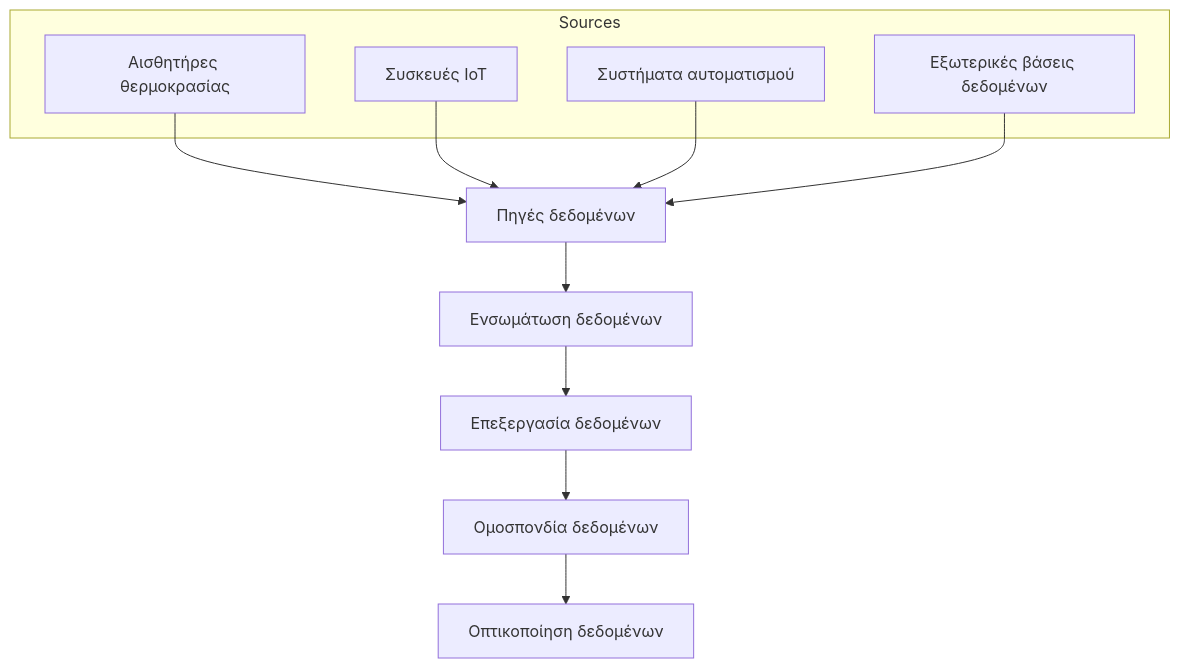
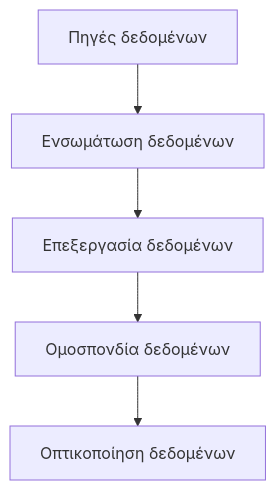
Before and after one commit to nrallakis/smart-home: the first of 5 diagrams in diagrams.md, drawn with Mermaid. The commit also changed other lines of this file, not shown here.

````diff
--- a/diagrams.md
+++ b/diagrams.md
@@ -2,19 +2,7 @@
 ```mermaid
 flowchart TB
     A[Πηγές δεδομένων] --> B[Ενσωμάτωση δεδομένων]
     B --> C[Επεξεργασία δεδομένων]
     C --> D[Ομοσπονδία δεδομένων]
     D --> E[Οπτικοποίηση δεδομένων]
-
-    subgraph Sources
-        A1[Αισθητήρες θερμοκρασίας]
-        A2[Συσκευές IoT]
-        A3[Συστήματα αυτοματισμού]
-        A4[Εξωτερικές βάσεις δεδομένων]
-    end
-
-    A1 --> A
-    A2 --> A
-    A3 --> A
-    A4 --> A
 ```
````
